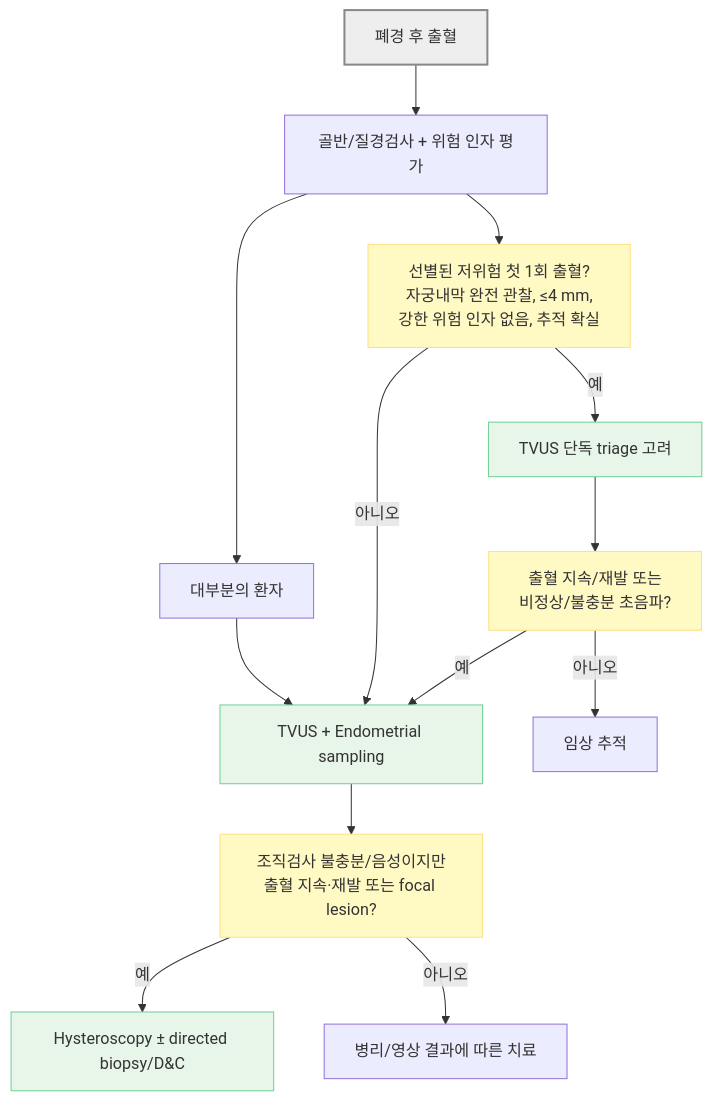
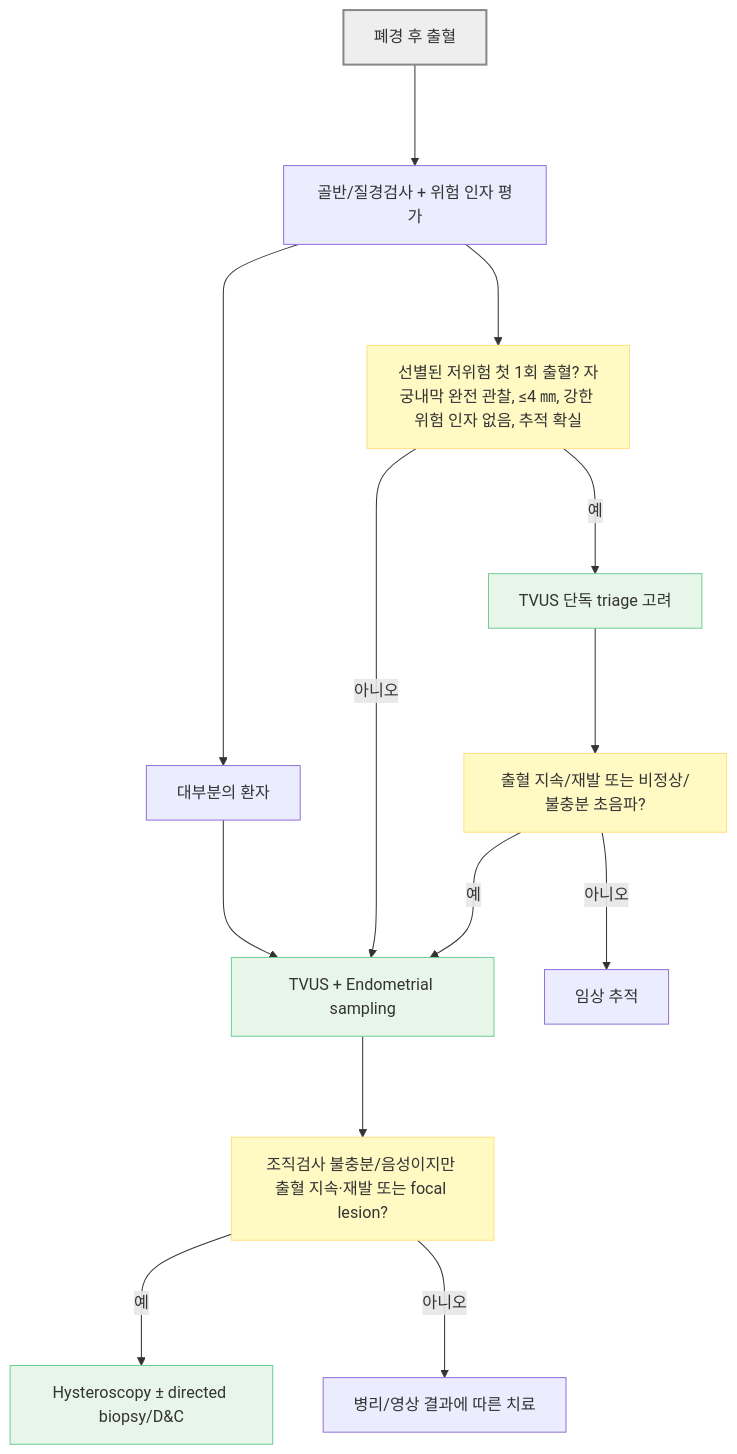
The second of 2 diagrams in 227_/129_-abnormal-uterine-bleeding-aub.md (familyoh77/familyoh77), drawn with Mermaid before and after one commit. The commit also changed other lines of this file, not shown here.

````diff
--- a/227_/129_-abnormal-uterine-bleeding-aub.md
+++ b/227_/129_-abnormal-uterine-bleeding-aub.md
@@ -213,23 +227,23 @@
 ```mermaid
 flowchart TD
-    A["폐경 후 출혈"] --> B["골반/질경검사 + 위험 인자 평가"]
-    B --> C["대부분의 환자"]
-    C --> D["TVUS + Endometrial sampling"]
-    B --> E["선별된 저위험 첫 1회 출혈?<br>자궁내막 완전 관찰, ≤4 mm,<br>강한 위험 인자 없음, 추적 확실"]
-    E -- "예" --> F["TVUS 단독 triage 고려"]
-    E -- "아니오" --> D
-    F --> G["출혈 지속/재발 또는<br>비정상/불충분 초음파?"]
-    G -- "예" --> D
-    G -- "아니오" --> H["임상 추적"]
-    D --> I["조직검사 불충분/음성이지만<br>출혈 지속·재발 또는 focal lesion?"]
-    I -- "예" --> J["Hysteroscopy ± directed biopsy/D&C"]
-    I -- "아니오" --> K["병리/영상 결과에 따른 치료"]
+    A["폐경 후 출혈"] ---> B["골반/질경검사 + 위험 인자 평가"]
+    B ---> C["대부분의 환자"]
+    C ---> D["TVUS + Endometrial sampling"]
+    B ---> E["선별된 저위험 첫 1회 출혈? 자궁내막 완전 관찰, ≤4 ㎜, 강한 위험 인자 없음, 추적 확실"]
+    E -- "예" ---> F["TVUS 단독 triage 고려"]
+    E -- "아니오" ---> D
+    F ---> G["출혈 지속/재발 또는 비정상/불충분 초음파?"]
+    G -- "예" ---> D
+    G -- "아니오" ---> H["임상 추적"]
+    D ---> I["조직검사 불충분/음성이지만 출혈 지속·재발 또는 focal lesion?"]
+    I -- "예" ---> J["Hysteroscopy ± directed biopsy/D&C"]
+    I -- "아니오" ---> K["병리/영상 결과에 따른 치료"]
 
     style A fill:#eeeeee,stroke:#888888,stroke-width:2px
     style E fill:#fff9c4,stroke:#ffe082
     style G fill:#fff9c4,stroke:#ffe082
     style I fill:#fff9c4,stroke:#ffe082
     style D fill:#E8F5E9,stroke:#6FCF97,stroke-width:1px
     style F fill:#E8F5E9,stroke:#6FCF97,stroke-width:1px
     style J fill:#E8F5E9,stroke:#6FCF97,stroke-width:1px
 ```
````
